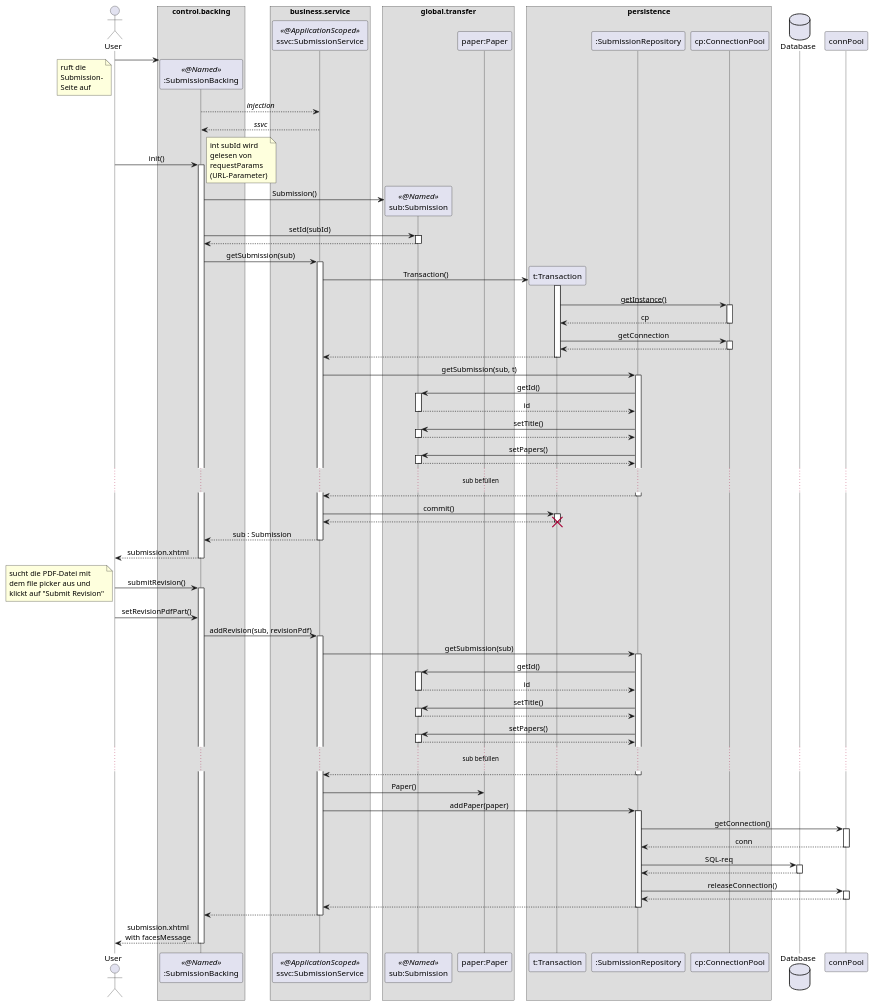
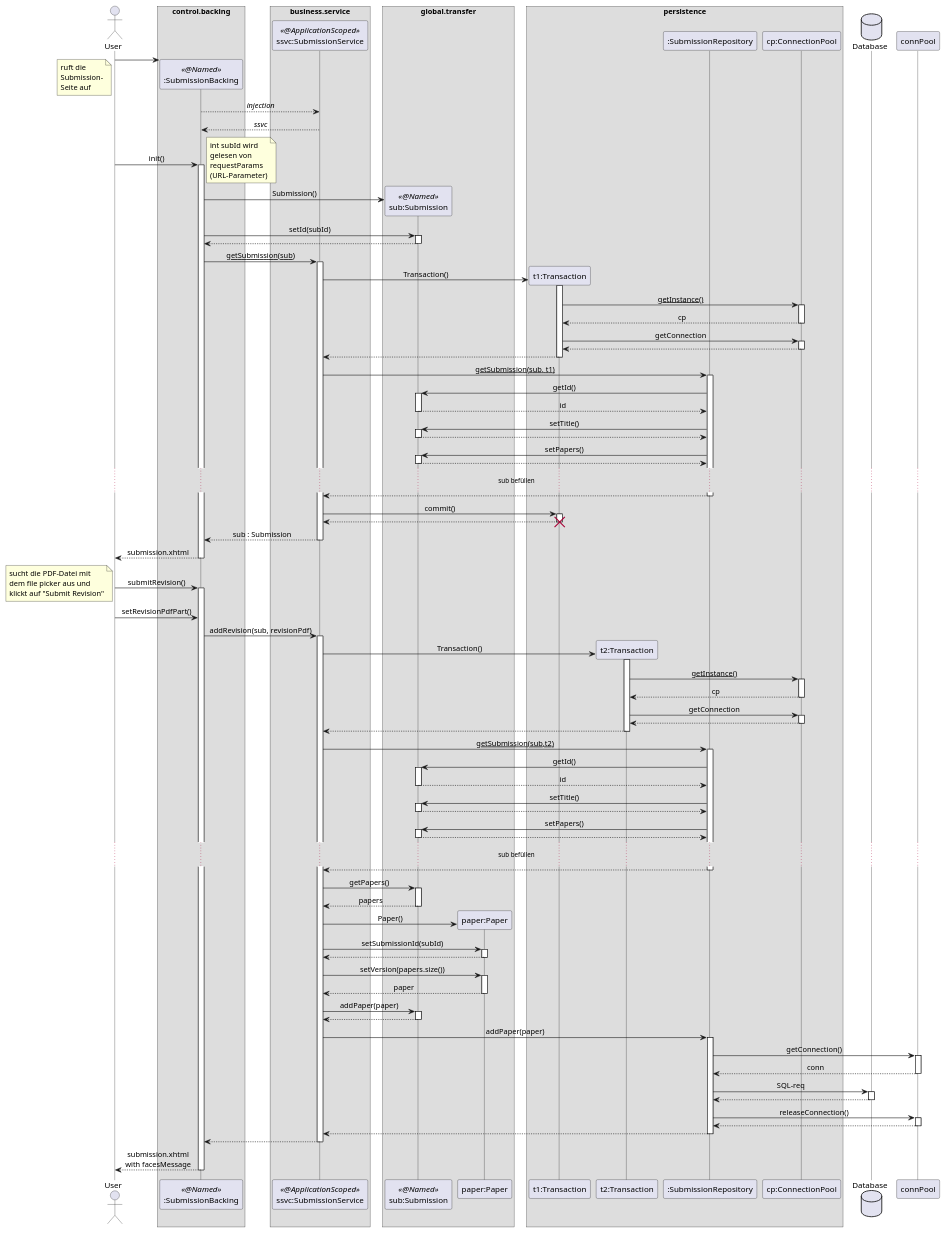
Before and after one commit to guersterst/LasEs: the diagram in docs/Entwurf/puml/upload_revision.puml, drawn with PlantUML.

Commit message:
add transactions

```diff
--- a/docs/Entwurf/puml/upload_revision.puml
+++ b/docs/Entwurf/puml/upload_revision.puml
@@ -1,134 +1,156 @@
 @startuml
 'https://plantuml.com/sequence-diagram
 
 '!theme aws-orange
 skinparam sequenceMessageAlign center
 skinparam BoxPadding 10
 skinparam LifelineStrategy nosolid
 'autonumber
 'autoactivate on
 'hide footbox
 
 actor User as user
 
 box "control.backing"
     participant ":SubmissionBacking" as sb << @Named >>
 end box
 'box "???"
 '    participant ":ResourceBundle" as rscBundle
 'end box
 box "business.service"
     participant "ssvc:SubmissionService" as ssvc << @ApplicationScoped >>
 end box
 box "global.transfer"
     participant "sub:Submission" as sub << @Named >>
     participant "paper:Paper" as paper
 end box
 box persistence
-    participant "t:Transaction" as t
+    participant "t1:Transaction" as t1
+    participant "t2:Transaction" as t2
     participant ":SubmissionRepository" as sr
     participant "cp:ConnectionPool" as cp
 end box
 database "Database" as db
 
 create sb
 user -> sb
 note left
     ruft die
     Submission-
     Seite auf
 end note
 sb --> ssvc : //injection//
 return //ssvc//
 user -> sb : init()
 activate sb
     note right
         int subId wird
         gelesen von
         requestParams
         (URL-Parameter)
     end note
     sb -> sub ** : Submission()
     sb -> sub : setId(subId)
     activate sub
     return
-    sb -> ssvc : getSubmission(sub)
+    sb -> ssvc : __getSubmission(sub)__
     activate ssvc
-        ssvc -> t ** : Transaction()
-        activate t
-            t -> cp : __getInstance()__
+        ssvc -> t1 ** : Transaction()
+        activate t1
+            t1 -> cp : __getInstance()__
             activate cp
             return cp
-            t -> cp : getConnection
+            t1 -> cp : getConnection
             activate cp
             return
         return
-        ssvc -> sr : getSubmission(sub, t)
+        ssvc -> sr : __getSubmission(sub, t1)__
         activate sr
             sr -> sub : getId()
             activate sub
             return id
             sr -> sub : setTitle()
             activate sub
             return
             sr -> sub : setPapers()
             activate sub
             return
             ...sub befüllen...
         return
-        ssvc -> t ++ : commit()
+        ssvc -> t1 ++ : commit()
         return
-        destroy t
+        destroy t1
     return sub : Submission
 return submission.xhtml
 
 user -> sb : submitRevision()
 activate sb
     note left
         sucht die PDF-Datei mit
         dem file picker aus und
         klickt auf "Submit Revision"
     end note
     user -> sb : setRevisionPdfPart()
 
     sb -> ssvc : addRevision(sub, revisionPdf)
     activate ssvc
-        ssvc -> sr : getSubmission(sub)
+        ssvc -> t2 ** : Transaction()
+        activate t2
+            t2 -> cp : __getInstance()__
+            activate cp
+            return cp
+            t2 -> cp : getConnection
+            activate cp
+            return
+        return
+        ssvc -> sr : __getSubmission(sub,t2)__
         activate sr
             sr -> sub : getId()
             activate sub
             return id
             sr -> sub : setTitle()
             activate sub
             return
             sr -> sub : setPapers()
             activate sub
             return
             ...sub befüllen...
         return
-        ssvc -> paper : Paper()
+        ssvc -> sub : getPapers()
+        activate sub
+        return papers
+        ssvc -> paper ** : Paper()
+        ssvc -> paper : setSubmissionId(subId)
+        activate paper
+        return
+        ssvc -> paper : setVersion(papers.size())
+        activate paper
+        return paper
+        ssvc -> sub : addPaper(paper)
+        activate sub
+        return
         ssvc -> sr : addPaper(paper)
 'updatesubmission not addpaper
         activate sr
             sr -> connPool : getConnection()
             activate connPool
             return conn
             sr -> db : SQL-req
             activate db
             return
             sr -> connPool : releaseConnection()
             activate connPool
             return
         return
     return
 
 '    subBacking -> rscBundle : getAddRevision\\\nConfirmationMsg()
 '    activate rscBundle
 '    return msg
 
 return submission.xhtml\nwith facesMessage
 
 
 
 
 @enduml
```
